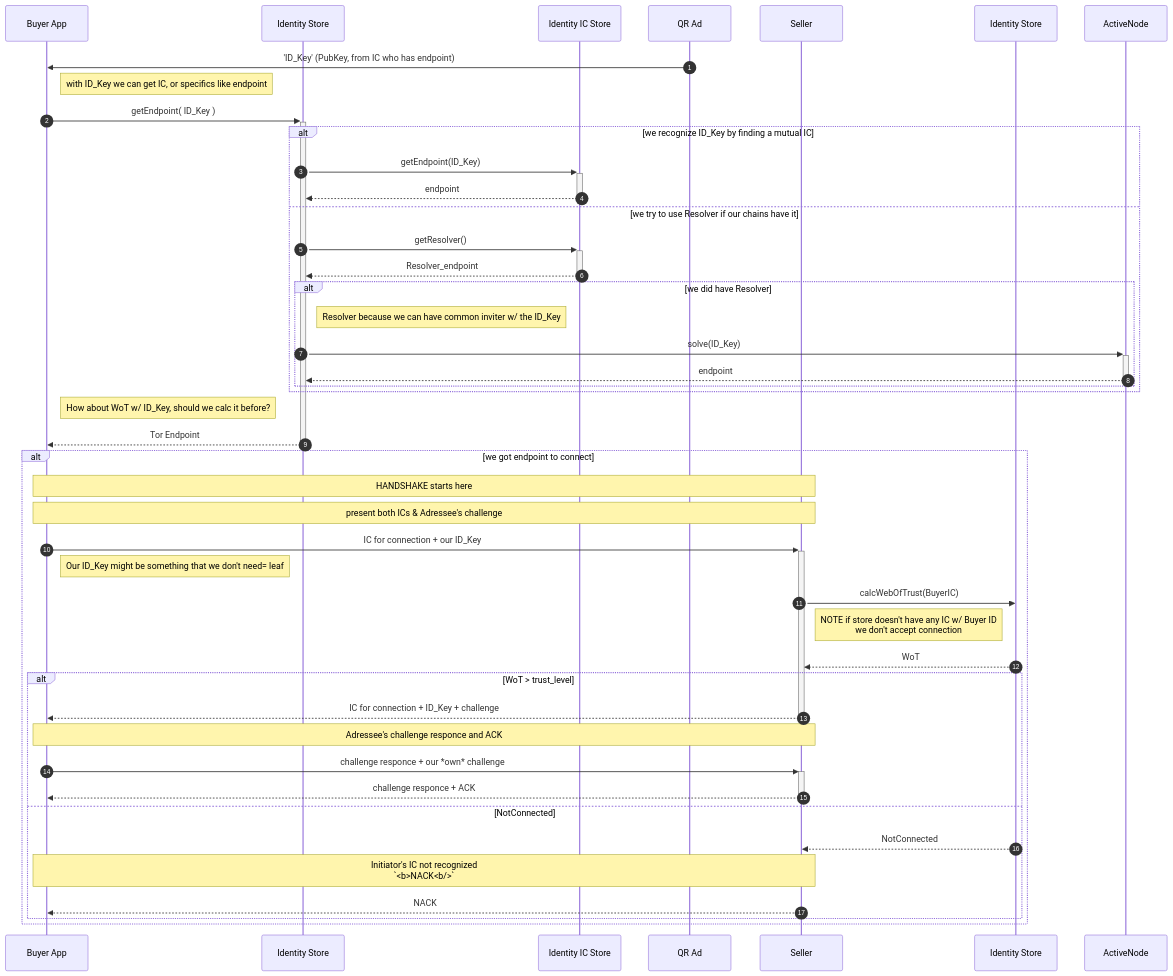
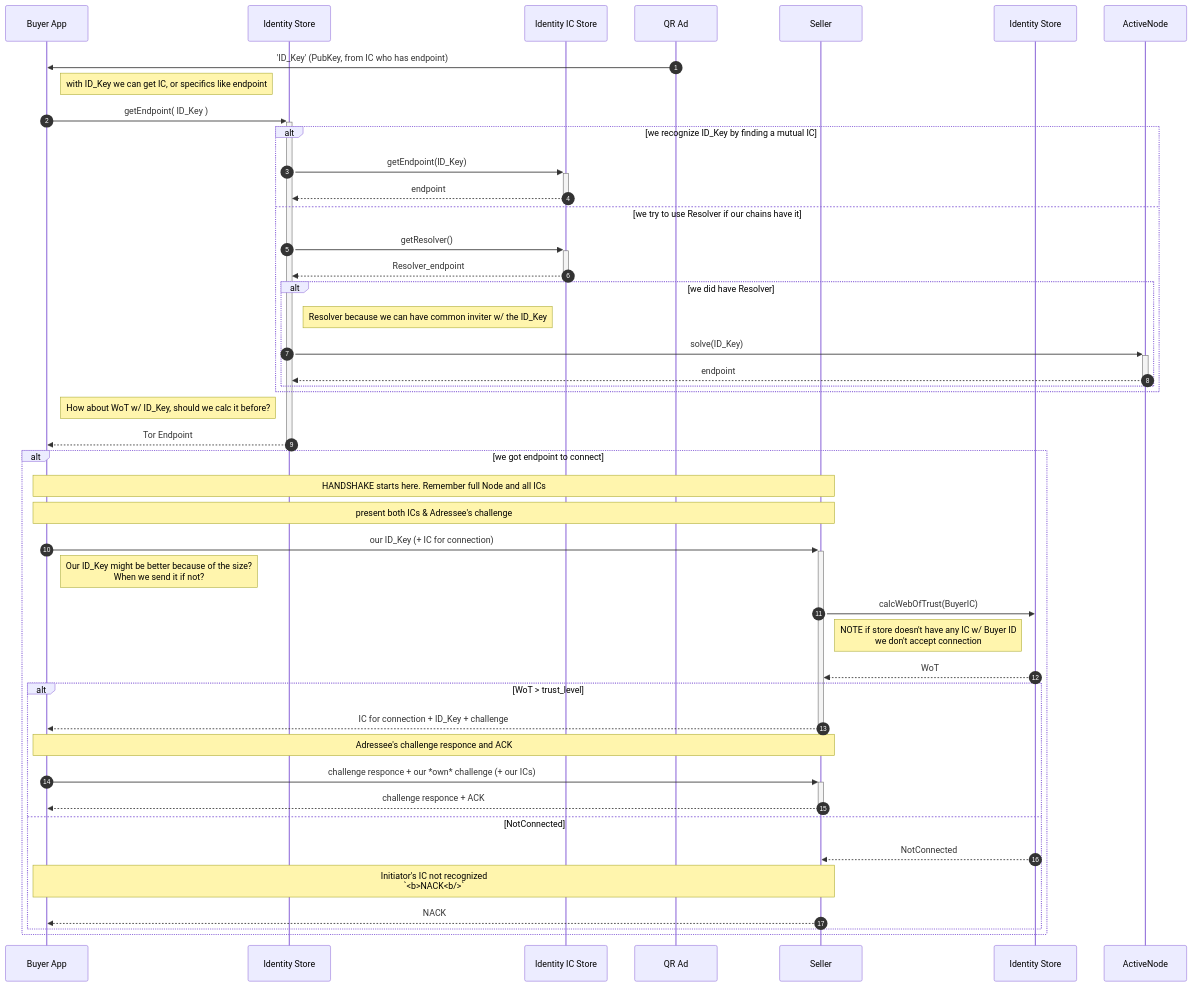
One commit to lainio/ic changed the second of 2 diagrams in README.md. Above: the diagram before and after it, drawn with Mermaid.

Commit message:
some notes and thinks about start handshake with ID_Key only

````diff
--- a/README.md
+++ b/README.md
@@ -104,70 +104,71 @@
 ```mermaid
 sequenceDiagram
     autonumber
 
     participant Buyer as Buyer App
     participant IStore as Identity Store
     participant INode as Identity IC Store
 
     %% -- box won't work on hugo, or when this machine is running it --
     %% box Issuing Service
     participant QR_Code as QR Ad
     %% end
 
     participant Seller
     participant SellerStore as Identity Store
     participant ActiveNode
 
     QR_Code ->> Buyer : 'ID_Key' (PubKey, from IC who has endpoint)
 
     note right of Buyer: with ID_Key we can get IC, or specifics like endpoint
     Buyer ->> +IStore: getEndpoint( ID_Key )
 
     alt we recognize ID_Key by finding a mutual IC
     IStore ->> +INode: getEndpoint(ID_Key)
     INode -->> -IStore: endpoint
     else we try to use Resolver if our chains have it
     IStore ->> +INode: getResolver()
     INode -->> -IStore: Resolver_endpoint
     alt we did have Resolver
     note right of IStore: Resolver because we can have common inviter w/ the ID_Key
     IStore ->> +ActiveNode: solve(ID_Key)
     ActiveNode -->> -IStore: endpoint
     end
     end
 
     note right of Buyer: How about WoT w/ ID_Key, should we calc it before?
     %% the WoT is related to endpoint in this phase which might be ok but if we
     %% will calculate it later there's no need to do it here?
 
     IStore -->> -Buyer: Tor Endpoint
 
     alt we got endpoint to connect
 
-    note over Buyer, Seller: HANDSHAKE starts here
+    note over Buyer, Seller: HANDSHAKE starts here. Remember full Node and all ICs
+
     note over Buyer, Seller: present both ICs & Adressee's challenge
-    Buyer ->> +Seller: IC for connection + our ID_Key
-    note right of Buyer: Our ID_Key might be something that we don't need= leaf
+    Buyer ->> +Seller: our ID_Key (+ IC for connection)
+    note right of Buyer: Our ID_Key might be better because of the size?<br/>When we send it if not?
 
     Seller ->> SellerStore: calcWebOfTrust(BuyerIC)
     note right of Seller: NOTE if store doesn't have any IC w/ Buyer ID<br/>we don't accept connection
     SellerStore -->> Seller: WoT
 
     alt WoT > trust_level
 
     Seller -->> -Buyer: IC for connection + ID_Key + challenge
     %% TODO: we should compare this to FIDO's authn
 
     note over Buyer, Seller: Adressee's challenge responce and ACK
-    Buyer ->> +Seller:  challenge responce + our *own* challenge
+    Buyer ->> +Seller:  challenge responce + our *own* challenge (+ our ICs)
     Seller -->> -Buyer: challenge responce + ACK
 
     else NotConnected
     SellerStore -->> Seller: NotConnected
 
     note over Buyer, Seller: Initiator's IC not recognized <br/> `<b>NACK<b/>`
     Seller -->> Buyer: NACK
     end
     end
 
 ```
````
